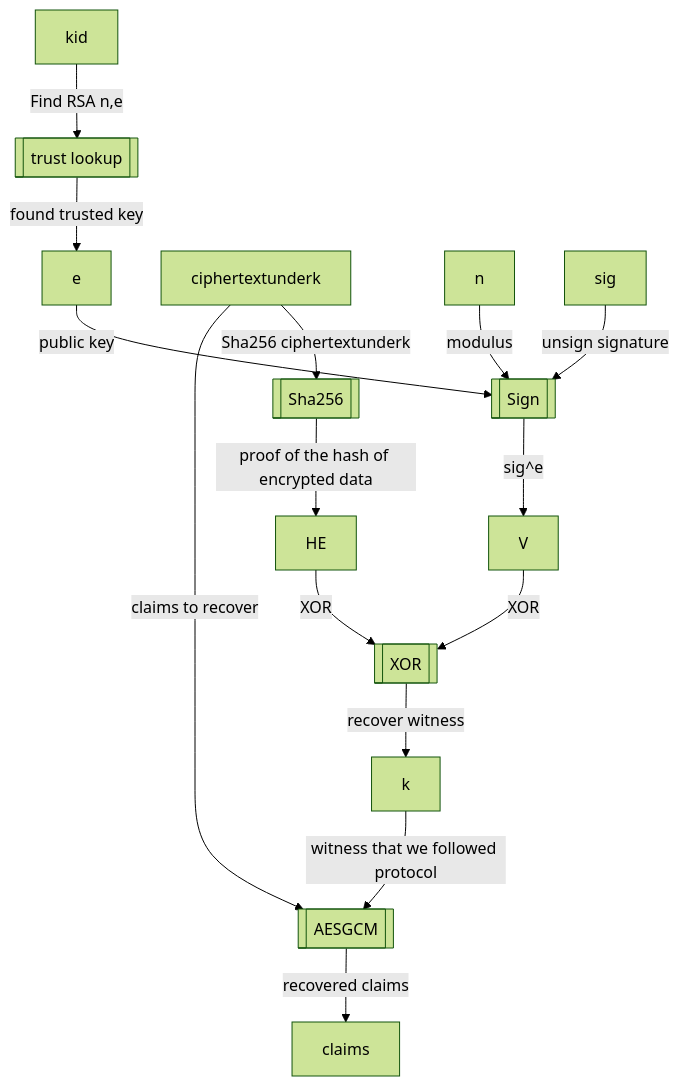
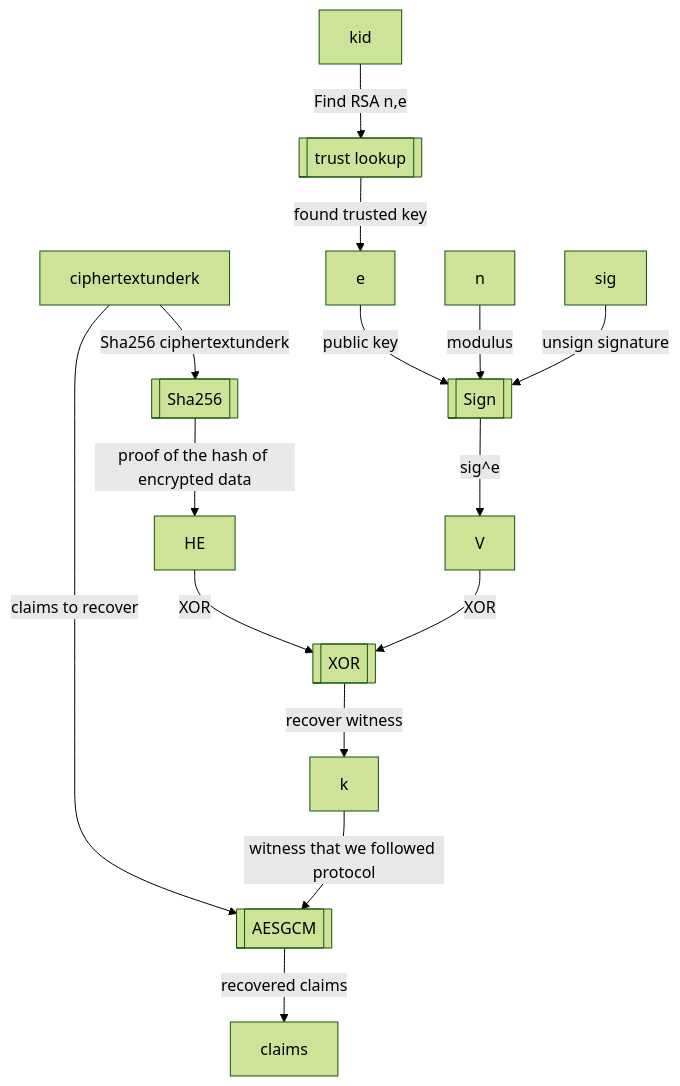
One commit to rfielding/whiskeyTango changed the third of 3 diagrams in README.md. Above: the diagram before and after it, drawn with Mermaid (forest theme). The commit also changed other lines of this file, not shown here.

Commit message:
update diagram

````diff
--- a/README.md
+++ b/README.md
@@ -147,22 +147,22 @@
 ```mermaid
 flowchart TB
-  trustlookup[[trust lookup]]
-  kid-- Find RSA n,e -->trustlookup
-  trustlookup-- found trusted key -->e
   Sha256[[Sha256]]
   ciphertextunderk-- Sha256 ciphertextunderk -->Sha256
   Sha256-- proof of the hash of encrypted data -->HE
   Sign[[Sign]]
+  trustlookup[[trust lookup]]
+  kid-- Find RSA n,e -->trustlookup
+  trustlookup-- found trusted key -->e
   n-- modulus -->Sign
   e-- public key -->Sign
   sig-- unsign signature -->Sign
   Sign-- sig^e -->V
   XOR[[XOR]]
   V-- XOR -->XOR
   HE-- XOR -->XOR
   XOR-- recover witness -->k
   AESGCM[[AESGCM]]
   ciphertextunderk-- claims to recover -->AESGCM  
   k-- witness that we followed protocol -->AESGCM  
   AESGCM-- recovered claims -->claims 
 ```
````
